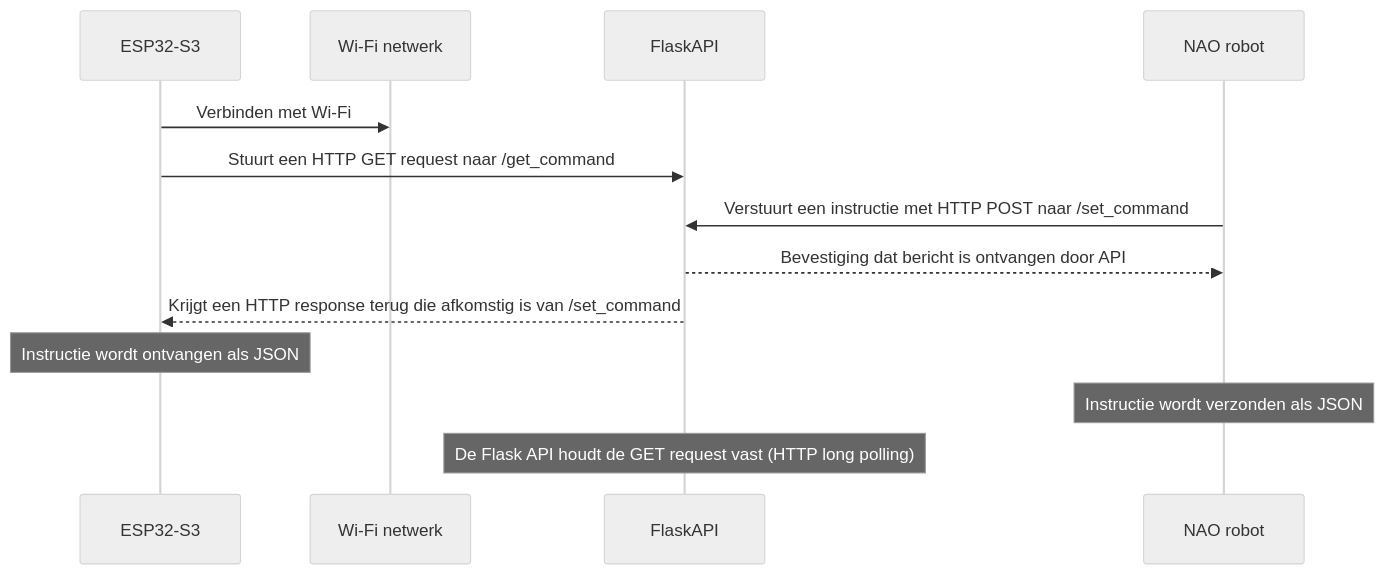
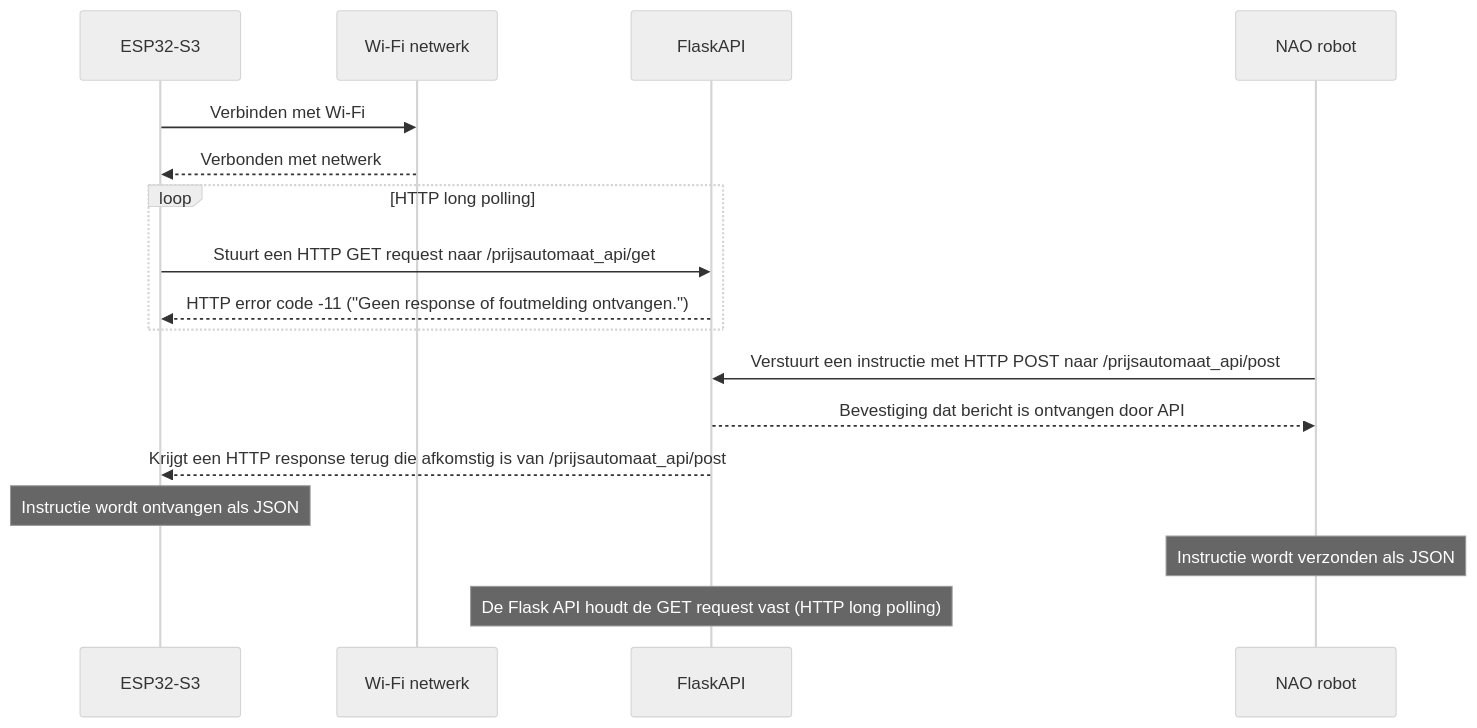
The first of 2 diagrams in docs/documentatie/communicatie_nao_esp32.md (almukhabarat/bingo_game_elderly), drawn with Mermaid (neutral theme) before and after one commit. The commit also changed other lines of this file and 1 other file, not shown here.

````diff
--- a/docs/documentatie/communicatie_nao_esp32.md
+++ b/docs/documentatie/communicatie_nao_esp32.md
@@ -16,15 +16,23 @@
 ```mermaid
 sequenceDiagram
     participant ESP32-S3
     participant Wi-Fi netwerk
     participant FlaskAPI
+    participant NAO robot
 
     ESP32-S3->>Wi-Fi netwerk: Verbinden met Wi-Fi
-    ESP32-S3->>FlaskAPI: Stuurt een HTTP GET request naar /get_command
-    NAO robot->>FlaskAPI: Verstuurt een instructie met HTTP POST naar /set_command
+    Wi-Fi netwerk-->>ESP32-S3: Verbonden met netwerk
+
+    loop HTTP long polling
+        ESP32-S3->>FlaskAPI: Stuurt een HTTP GET request naar /prijsautomaat_api/get
+        FlaskAPI-->>ESP32-S3: HTTP error code -11 ("Geen response of foutmelding ontvangen.")
+    end
+
+    NAO robot->>FlaskAPI: Verstuurt een instructie met HTTP POST naar /prijsautomaat_api/post
+
     FlaskAPI-->>NAO robot: Bevestiging dat bericht is ontvangen door API
-    FlaskAPI-->>ESP32-S3: Krijgt een HTTP response terug die afkomstig is van /set_command
+    FlaskAPI-->>ESP32-S3: Krijgt een HTTP response terug die afkomstig is van /prijsautomaat_api/post
     Note over ESP32-S3: Instructie wordt ontvangen als JSON
     Note over NAO robot: Instructie wordt verzonden als JSON
     Note over FlaskAPI: De Flask API houdt de GET request vast (HTTP long polling)
 ```
````
